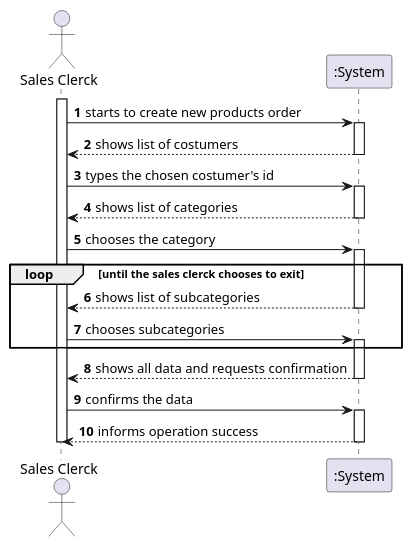
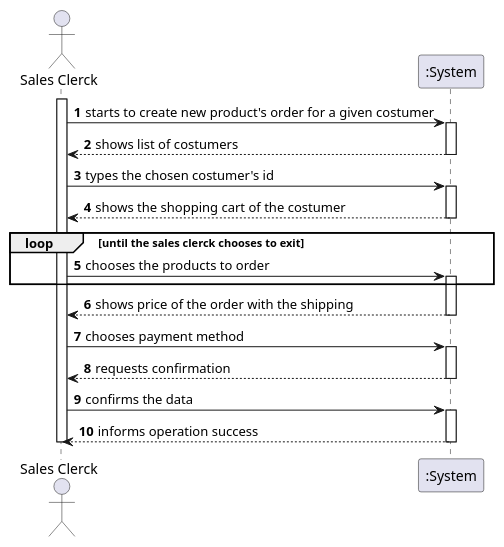
Before and after one commit to marttuga/LAPR4-SmartSystems: the diagram in docs/Sprint2/US1004/US1004_SSD.puml, drawn with PlantUML. The commit also changed 3 other files, not shown here.

```diff
--- a/docs/Sprint2/US1004/US1004_SSD.puml
+++ b/docs/Sprint2/US1004/US1004_SSD.puml
@@ -1,43 +1,39 @@
 @startuml
 autonumber
 actor "Sales Clerck" as SC
 
 
 activate SC
-SC -> ":System" : starts to create new products order
+SC -> ":System" : starts to create new product's order for a given costumer
 activate ":System"
 
 ":System" --> SC : shows list of costumers
 deactivate ":System"
 
 SC -> ":System" : types the chosen costumer's id
 activate ":System"
 
-":System" --> SC : shows list of categories
+":System" --> SC : shows the shopping cart of the costumer
 deactivate ":System"
+loop until the sales clerck chooses to exit
+SC -> ":System" : chooses the products to order
+activate ":System"
+end loop
 
-SC -> ":System" : chooses the category
-activate ":System"
-
-loop until the sales clerck chooses to exit
-":System" --> SC : shows list of subcategories
+":System" --> SC : shows price of the order with the shipping
 deactivate ":System"
 
 
-SC -> ":System" : chooses subcategories
+SC -> ":System" : chooses payment method
 activate ":System"
 
-end loop
-
-
-
-":System" --> SC :shows all data and requests confirmation
+":System" --> SC : requests confirmation
 deactivate ":System"
 SC -> ":System" : confirms the data
 
 activate ":System"
 ":System" --> SC : informs operation success
 deactivate ":System"
 deactivate SC
 
 @enduml
```
